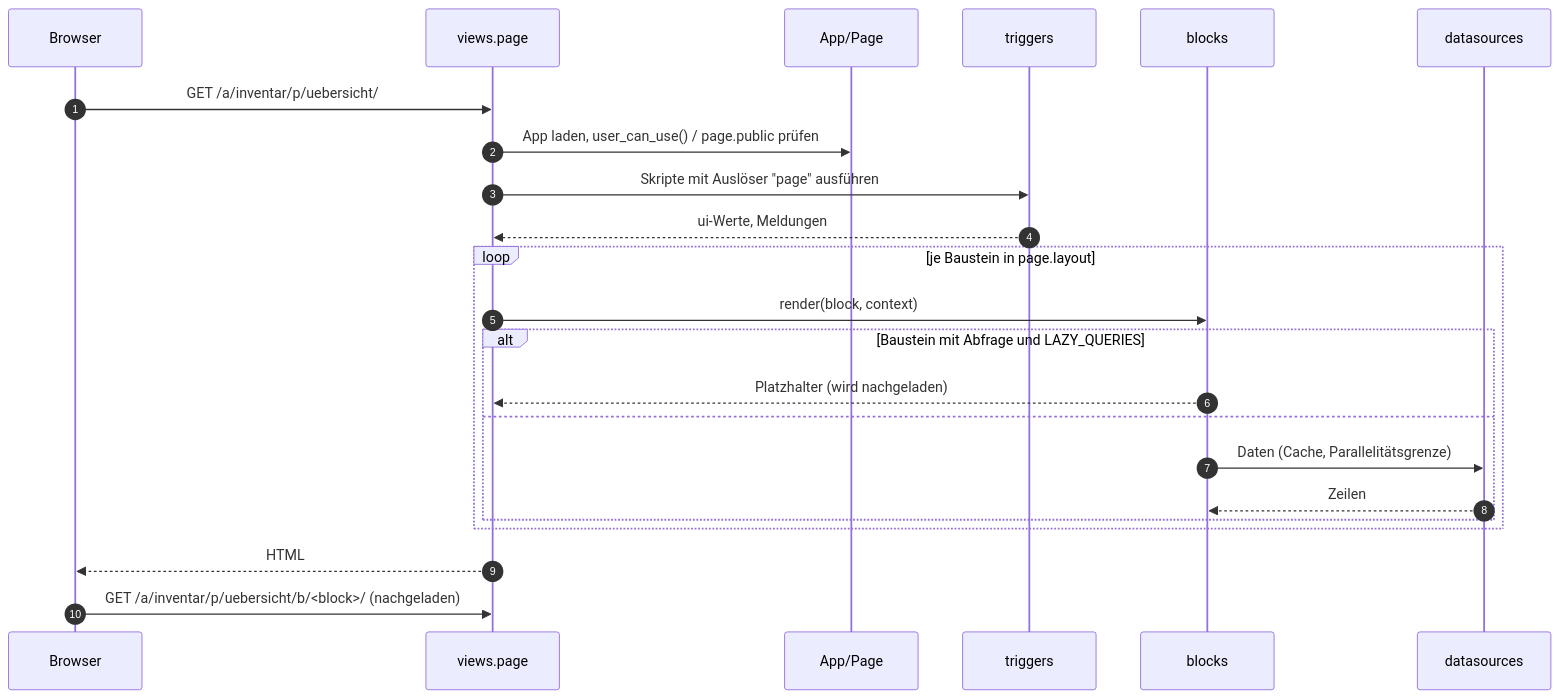
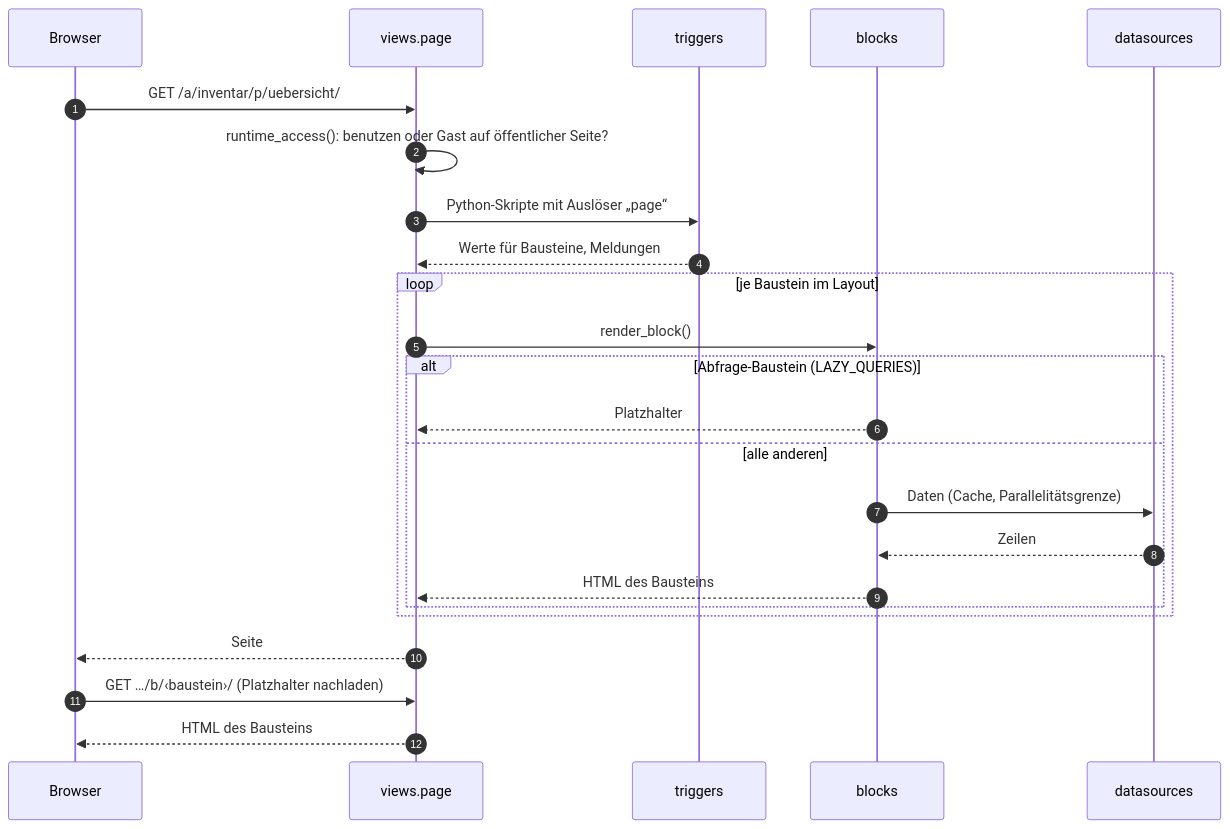
Before and after one commit to Turksat46/Baukasten: the fifth of 15 diagrams in docs/TECHNISCHE_DOKUMENTATION.md, drawn with Mermaid. The commit also changed other lines of this file, not shown here.

Commit message:
Technische Dokumentation: Inhalt gegen den Code geprüft, Diagramme neu gestaltet

````diff
--- a/docs/TECHNISCHE_DOKUMENTATION.md
+++ b/docs/TECHNISCHE_DOKUMENTATION.md
@@ -310,26 +394,27 @@
 ```mermaid
 sequenceDiagram
     autonumber
     participant B as Browser
     participant V as views.page
-    participant P as App/Page
     participant T as triggers
     participant BL as blocks
     participant DS as datasources
 
     B->>V: GET /a/inventar/p/uebersicht/
-    V->>P: App laden, user_can_use() / page.public prüfen
-    V->>T: Skripte mit Auslöser "page" ausführen
-    T-->>V: ui-Werte, Meldungen
-    loop je Baustein in page.layout
-        V->>BL: render(block, context)
-        alt Baustein mit Abfrage und LAZY_QUERIES
-            BL-->>V: Platzhalter (wird nachgeladen)
-        else
+    V->>V: runtime_access(): benutzen oder Gast auf öffentlicher Seite?
+    V->>T: Python-Skripte mit Auslöser „page“
+    T-->>V: Werte für Bausteine, Meldungen
+    loop je Baustein im Layout
+        V->>BL: render_block()
+        alt Abfrage-Baustein (LAZY_QUERIES)
+            BL-->>V: Platzhalter
+        else alle anderen
             BL->>DS: Daten (Cache, Parallelitätsgrenze)
             DS-->>BL: Zeilen
+            BL-->>V: HTML des Bausteins
         end
     end
-    V-->>B: HTML
-    B->>V: GET /a/inventar/p/uebersicht/b/<block>/ (nachgeladen)
+    V-->>B: Seite
+    B->>V: GET …/b/‹baustein›/ (Platzhalter nachladen)
+    V-->>B: HTML des Bausteins
 ```
````
